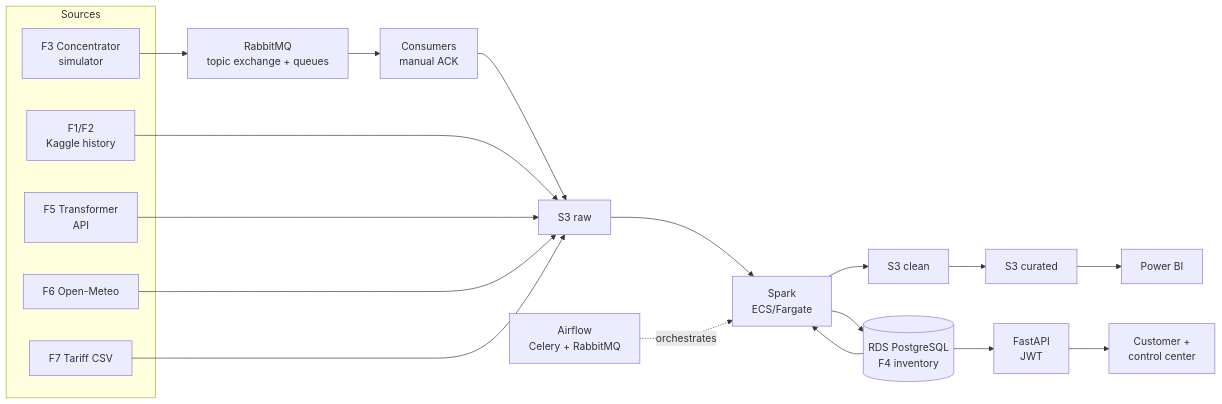
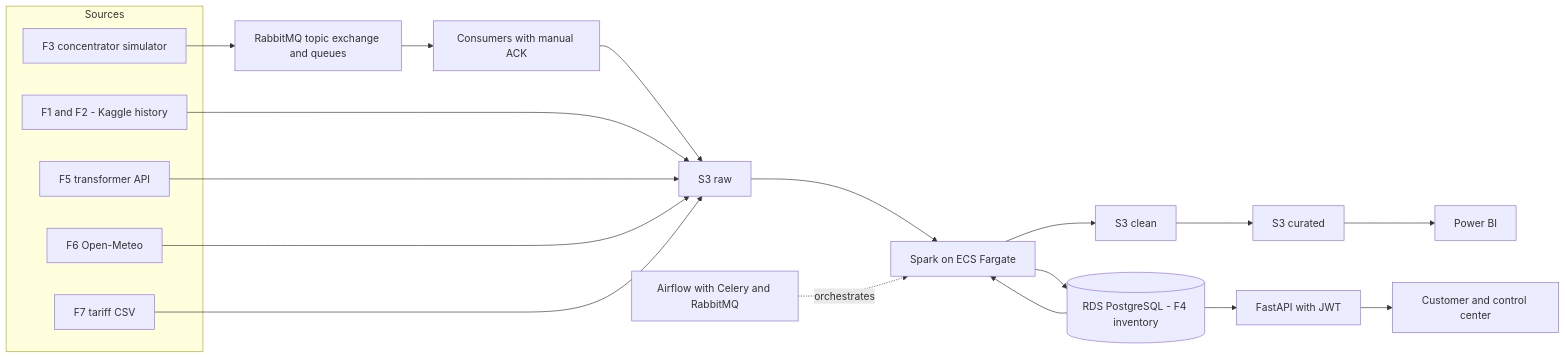
One commit to VoltiaGrid-Medicion-Inteligente/voltiagrid-api changed the diagram in README.md. Above: the diagram before and after it, drawn with Mermaid. The commit also changed 1 other file, not shown here.

Commit message:
KAN-58 fix(docs): simplify mermaid flowchart for github renderer

````diff
--- a/README.md
+++ b/README.md
@@ -86,26 +86,26 @@
 ```mermaid
 flowchart LR
-  subgraph SOURCES["Sources"]
-    F1["F1/F2<br/>Kaggle history"]
-    F3["F3 Concentrator<br/>simulator"]
-    F5["F5 Transformer<br/>API"]
-    F6["F6 Open-Meteo"]
-    F7["F7 Tariff CSV"]
-  end
-  F3 --> RMQ["RabbitMQ<br/>topic exchange + queues"]
-  RMQ --> CON["Consumers<br/>manual ACK"]
-  CON --> RAW["S3 raw"]
-  F1 --> RAW
-  F5 --> RAW
-  F6 --> RAW
-  F7 --> RAW
-  RAW --> SPK["Spark<br/>ECS/Fargate"]
-  RDS[("RDS PostgreSQL<br/>F4 inventory")] --> SPK
-  SPK --> CLEAN["S3 clean"]
-  CLEAN --> CUR["S3 curated"]
-  SPK --> RDS
-  AF["Airflow<br/>Celery + RabbitMQ"] -.->|orchestrates| SPK
-  CUR --> PBI["Power BI"]
-  RDS --> API["FastAPI<br/>JWT"]
-  API --> USR["Customer +<br/>control center"]
+    subgraph Sources
+        F1[F1 and F2 - Kaggle history]
+        F3[F3 concentrator simulator]
+        F5[F5 transformer API]
+        F6[F6 Open-Meteo]
+        F7[F7 tariff CSV]
+    end
+    F3 --> RMQ[RabbitMQ topic exchange and queues]
+    RMQ --> CON[Consumers with manual ACK]
+    CON --> RAW[S3 raw]
+    F1 --> RAW
+    F5 --> RAW
+    F6 --> RAW
+    F7 --> RAW
+    RAW --> SPK[Spark on ECS Fargate]
+    RDS[(RDS PostgreSQL - F4 inventory)] --> SPK
+    SPK --> CLEAN[S3 clean]
+    CLEAN --> CUR[S3 curated]
+    SPK --> RDS
+    AF[Airflow with Celery and RabbitMQ] -.->|orchestrates| SPK
+    CUR --> PBI[Power BI]
+    RDS --> API[FastAPI with JWT]
+    API --> USR[Customer and control center]
 ```
````
